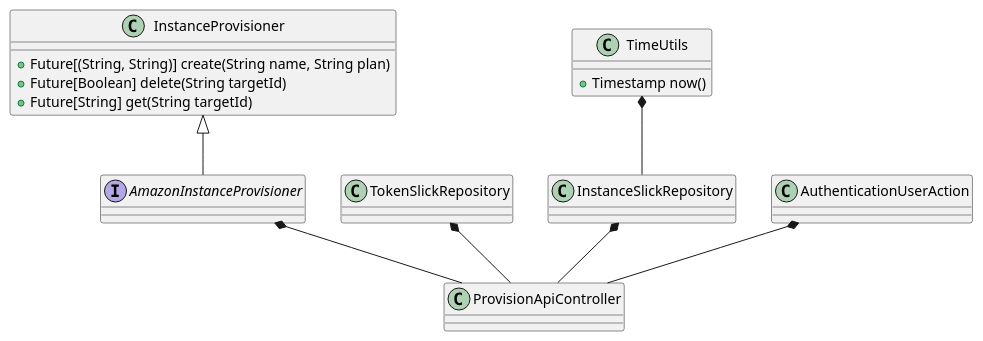
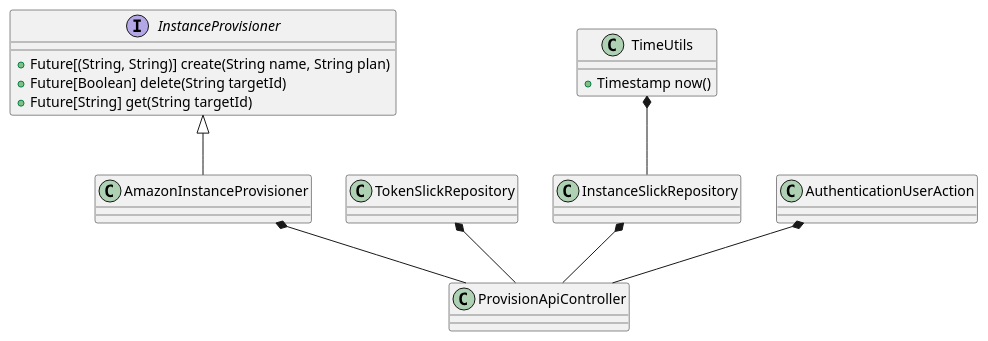
The diagram in uml/app.plantuml (marciogualtieri/provisionapi), drawn with PlantUML before and after one commit.

Commit message:
Fixed class diagram.

```diff
--- a/uml/app.plantuml
+++ b/uml/app.plantuml
@@ -1,31 +1,31 @@
 @startuml
 
 class ProvisionApiController
 
-interface AmazonInstanceProvisioner
+class AmazonInstanceProvisioner
 
-class InstanceProvisioner {
+interface InstanceProvisioner {
   + Future[(String, String)] create(String name, String plan)
   + Future[Boolean] delete(String targetId)
   + Future[String] get(String targetId)
 }
 
 class TokenSlickRepository
 
 class InstanceSlickRepository
 
 class AuthenticationUserAction
 
 class TimeUtils {
   + Timestamp now()
 }
 
 InstanceProvisioner <|-- AmazonInstanceProvisioner
 
 AmazonInstanceProvisioner *-- ProvisionApiController
 InstanceSlickRepository *-- ProvisionApiController
 TokenSlickRepository *-- ProvisionApiController
 AuthenticationUserAction *-- ProvisionApiController
 
 TimeUtils *-- InstanceSlickRepository
 @enduml
```
